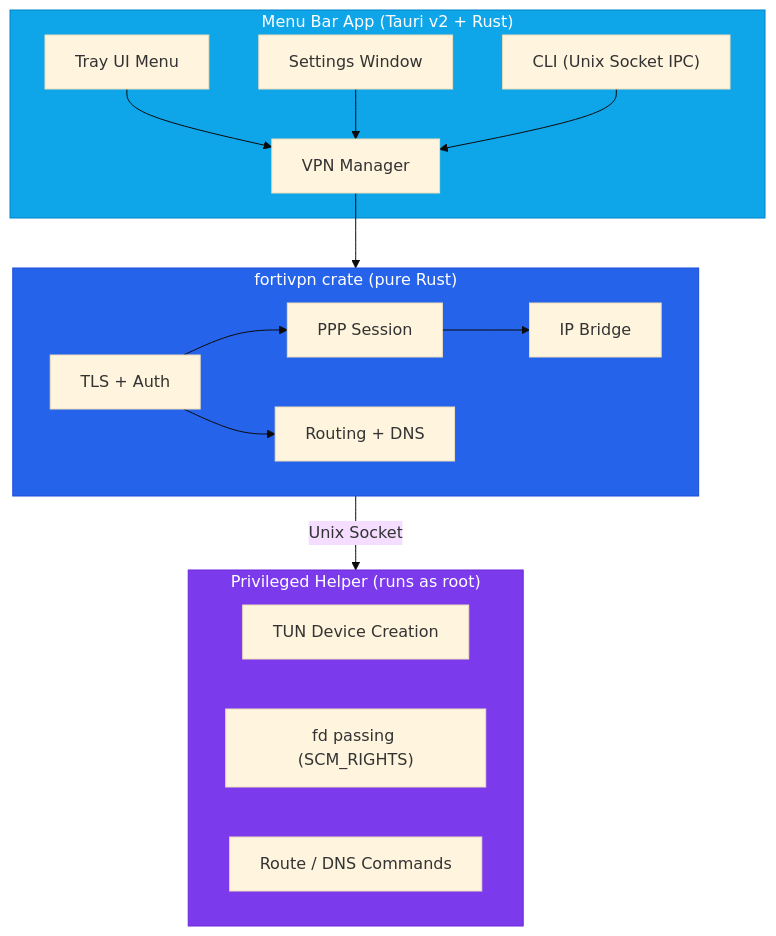
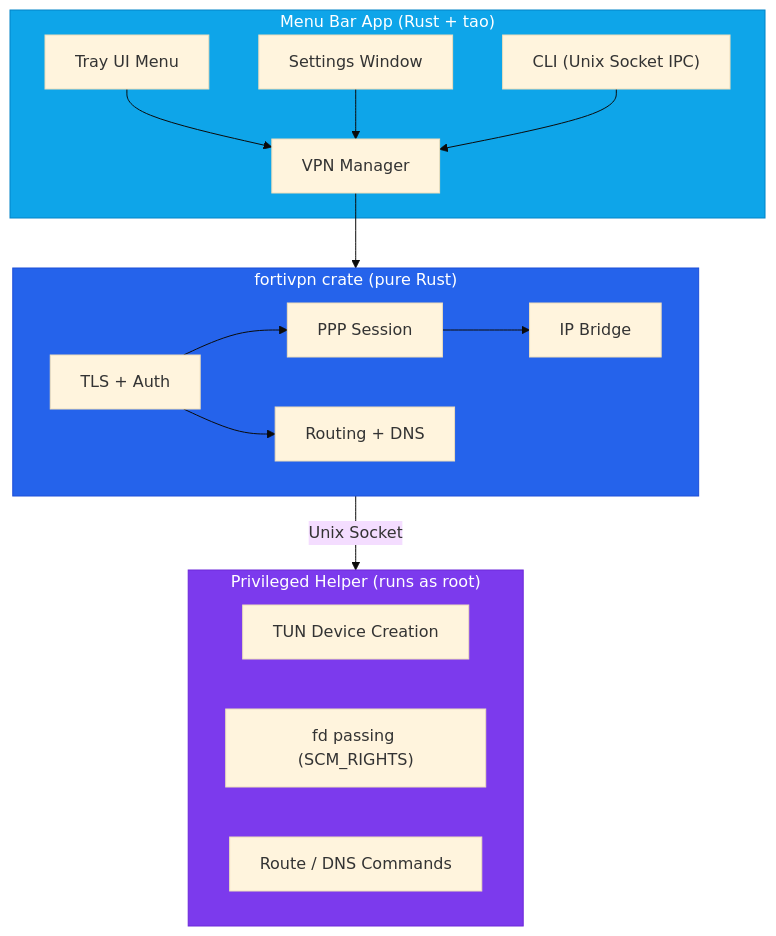
One commit to ktutnik/fortivpn-tray changed the diagram in README.md. Above: the diagram before and after it, drawn with Mermaid (base theme). The commit also changed other lines of this file and 60 other files, not shown here.

````diff
--- a/README.md
+++ b/README.md
@@ -33,32 +33,32 @@
 ```mermaid
 graph TD
-    subgraph app["Menu Bar App (Tauri v2 + Rust)"]
+    subgraph app["Menu Bar App (Rust + tao)"]
         tray["Tray UI Menu"]
         settings["Settings Window"]
         cli["CLI (Unix Socket IPC)"]
         tray & settings & cli --> vpn["VPN Manager"]
     end
 
     vpn --> crate
 
     subgraph crate["fortivpn crate (pure Rust)"]
         auth["TLS + Auth"]
         ppp["PPP Session"]
         bridge["IP Bridge"]
         route["Routing + DNS"]
         auth --> ppp --> bridge
         auth --> route
     end
 
     crate -- "Unix Socket" --> helper
 
     subgraph helper["Privileged Helper (runs as root)"]
         tun["TUN Device Creation"]
         fd["fd passing (SCM_RIGHTS)"]
         ops["Route / DNS Commands"]
     end
 
     style app fill:#0ea5e9,stroke:#0284c7,color:#fff
     style crate fill:#2563eb,stroke:#1d4ed8,color:#fff
     style helper fill:#7c3aed,stroke:#6d28d9,color:#fff
 ```
````
